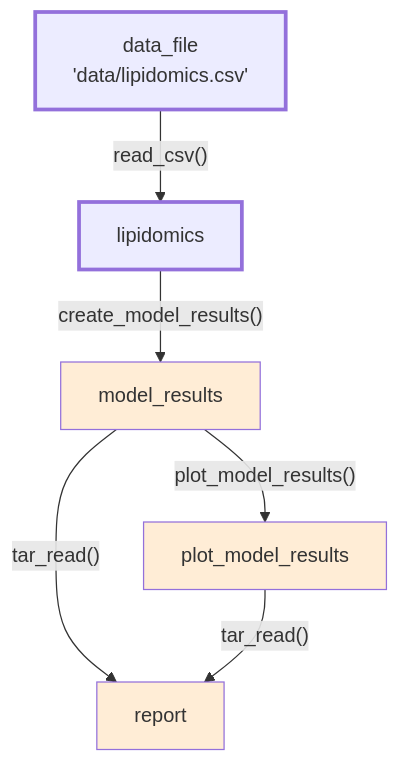
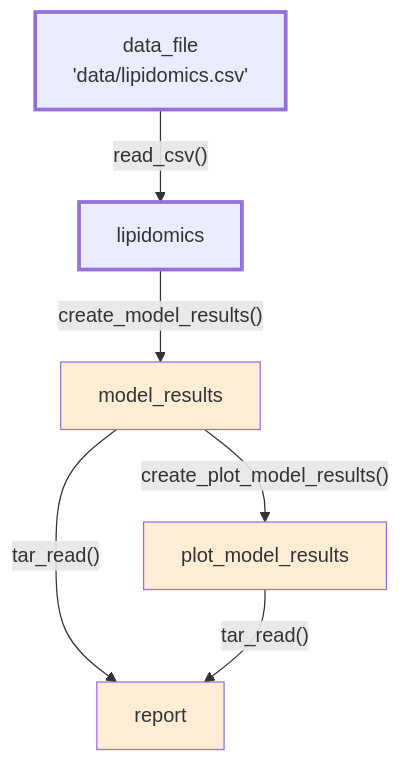
The first of 3 diagrams in sessions/build-one-model.qmd (rostools/r-cubed-advanced), drawn with Mermaid before and after one commit.

Commit message:
fix(sessions): :pencil2: should be `create_plot_model_results()`

````diff
--- a/sessions/build-one-model.qmd
+++ b/sessions/build-one-model.qmd
@@ -146,13 +146,13 @@
 ```{mermaid}
 %%| label: fig-stats-analysis-pipeline
 %%| fig-cap: Targets in our pipeline for creating the statistical analysis outputs.
 %%| echo: false
 graph TB
     data_file["data_file<br>'data/lipidomics.csv'"]:::done -->|"read_csv()"| lipidomics:::done
     lipidomics -->|"create_model_results()"| model_results:::wip
-    model_results -->|"plot_model_results()"| plot_model_results:::wip
+    model_results -->|"create_plot_model_results()"| plot_model_results:::wip
     model_results -->|"tar_read()"| report:::wip
     plot_model_results -->|"tar_read()"| report:::wip
     classDef done stroke-width:3px
     classDef wip fill:#ffedd6
 ```
````
